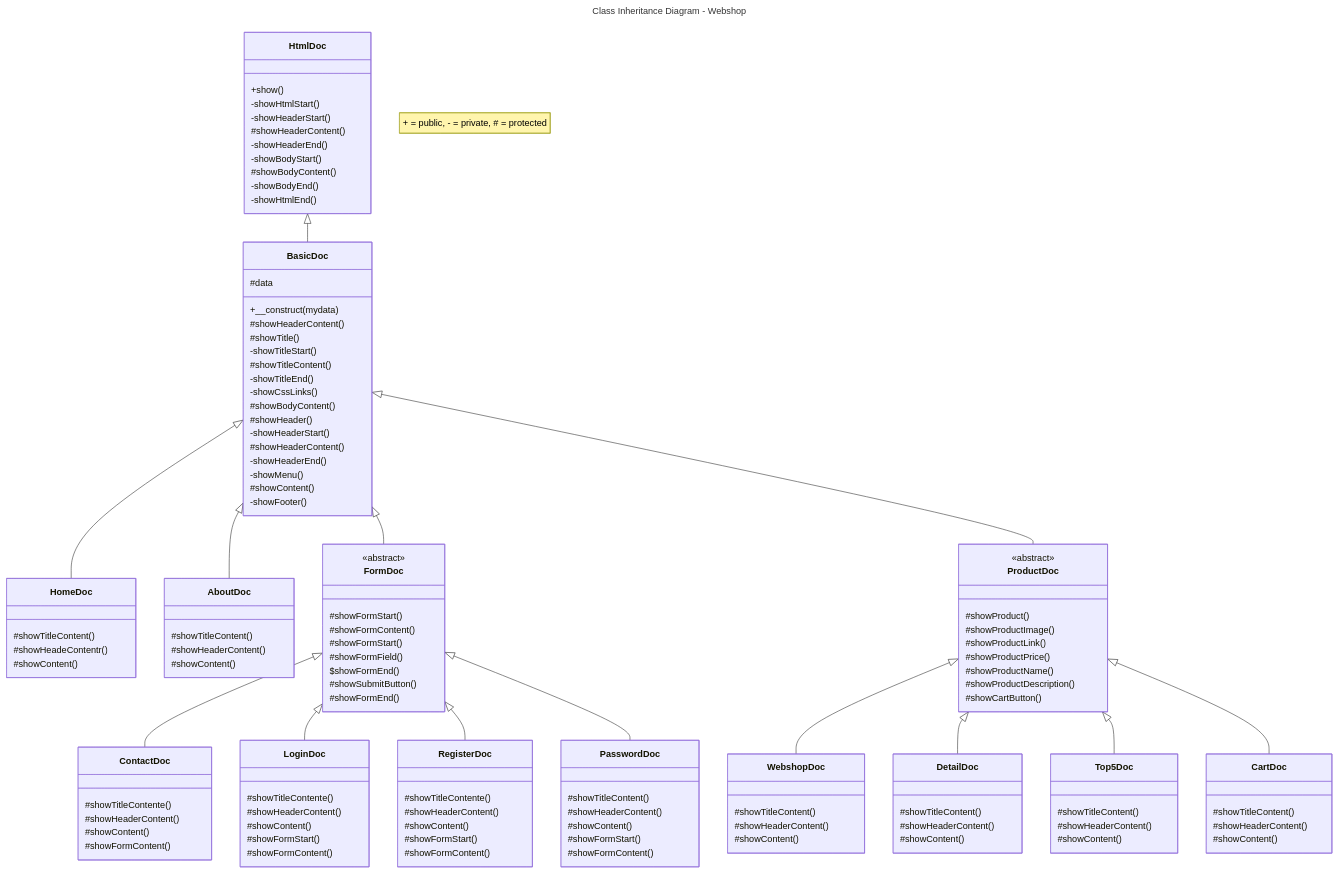
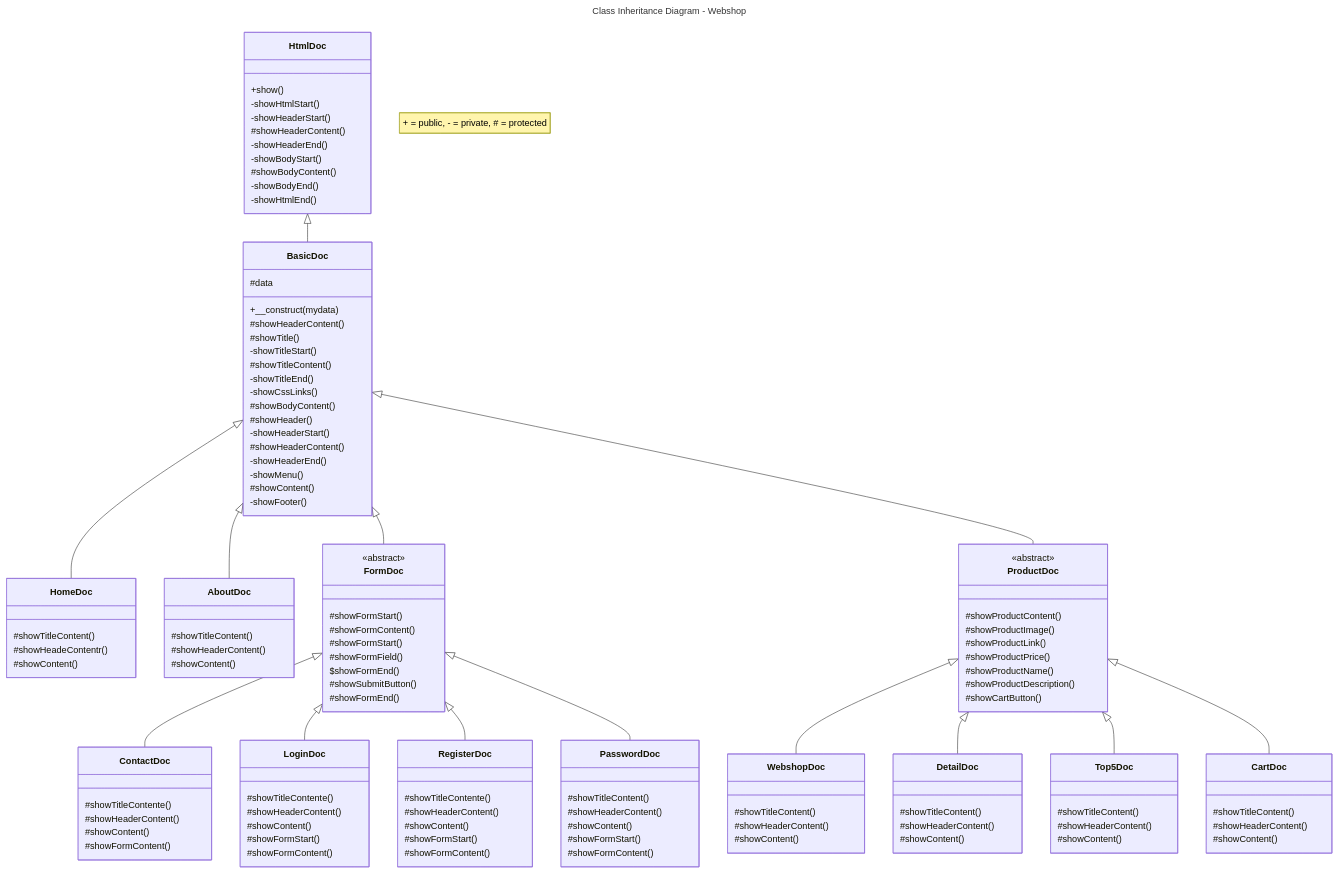
One commit to JeroenHeemskerk/educom-webshop-oop-1708595373 changed the diagram in Diagrams/class-inheritance-diagram-webshop.md. Above: the diagram before and after it, drawn with Mermaid.

```diff
--- a/Diagrams/class-inheritance-diagram-webshop.md
+++ b/Diagrams/class-inheritance-diagram-webshop.md
@@ -102,7 +102,7 @@
 
     class ProductDoc{
         <<abstract>>
-        #showProduct()
+        #showProductContent()
         #showProductImage()
         #showProductLink()
         #showProductPrice()
```
